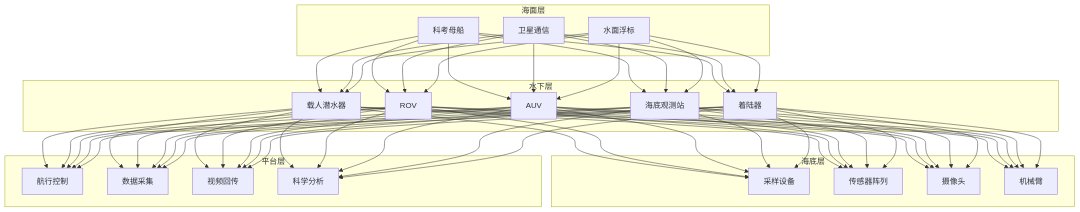
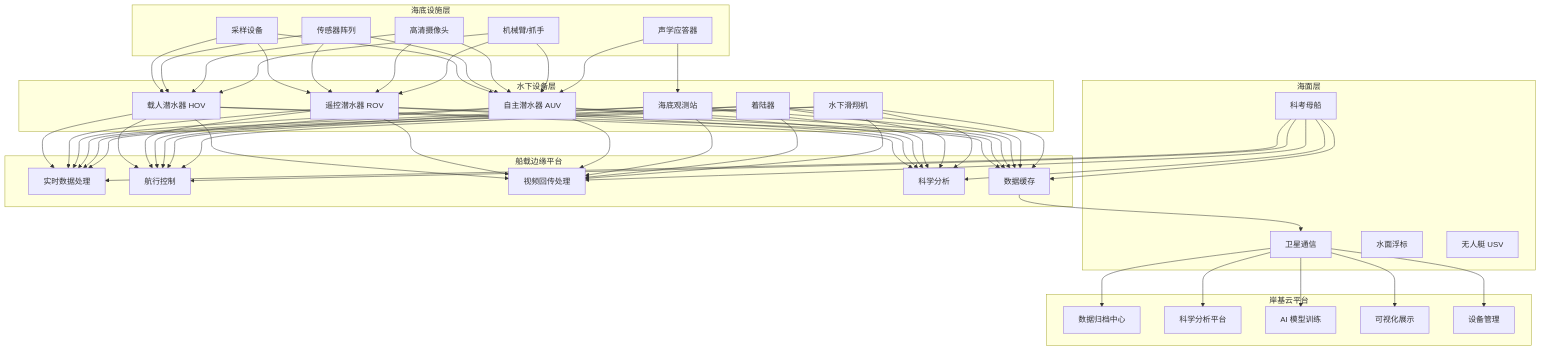
The first of 3 diagrams in topic-application-architecture/78-deep-sea-exploration.md (kudig-io/kudig-database), drawn with Mermaid before and after one commit. The commit also changed other lines of this file and 8633 other files, not shown here.

````diff
--- a/topic-application-architecture/78-deep-sea-exploration.md
+++ b/topic-application-architecture/78-deep-sea-exploration.md
@@ -49,34 +123,48 @@
 ```mermaid
 graph TB
     subgraph 海面层
         S1[科考母船]
         S2[卫星通信]
         S3[水面浮标]
+        S4[无人艇 USV]
     end
 
-    subgraph 水下层
-        U1[载人潜水器]
-        U2[ROV]
-        U3[AUV]
+    subgraph 水下设备层
+        U1[载人潜水器 HOV]
+        U2[遥控潜水器 ROV]
+        U3[自主潜水器 AUV]
         U4[海底观测站]
         U5[着陆器]
+        U6[水下滑翔机]
     end
 
-    subgraph 海底层
+    subgraph 海底设施层
         B1[采样设备]
         B2[传感器阵列]
-        B3[摄像头]
-        B4[机械臂]
+        B3[高清摄像头]
+        B4[机械臂/抓手]
+        B5[声学应答器]
     end
 
-    subgraph 平台层
-        P1[航行控制]
-        P2[数据采集]
-        P3[视频回传]
-        P4[科学分析]
+    subgraph 船载边缘平台
+        E1[实时数据处理]
+        E2[航行控制]
+        E3[视频回传处理]
+        E4[科学分析]
+        E5[数据缓存]
     end
 
-    S1 & S2 & S3 --> U1 & U2 & U3 & U4 & U5
-    U1 & U2 & U3 & U4 & U5 --> B1 & B2 & B3 & B4
-    U1 & U2 & U3 & U4 & U5 --> P1 & P2 & P3 & P4
+    subgraph 岸基云平台
+        C1[数据归档中心]
+        C2[科学分析平台]
+        C3[AI 模型训练]
+        C4[可视化展示]
+        C5[设备管理]
+    end
+
+    B1 & B2 & B3 & B4 --> U1 & U2 & U3
+    B5 --> U3 & U4
+    U1 & U2 & U3 & U4 & U5 & U6 --> E1 & E2 & E3 & E4 & E5
+    S1 --> E1 & E2 & E3 & E4 & E5
+    E5 --> S2 --> C1 & C2 & C3 & C4 & C5
 ```
````
